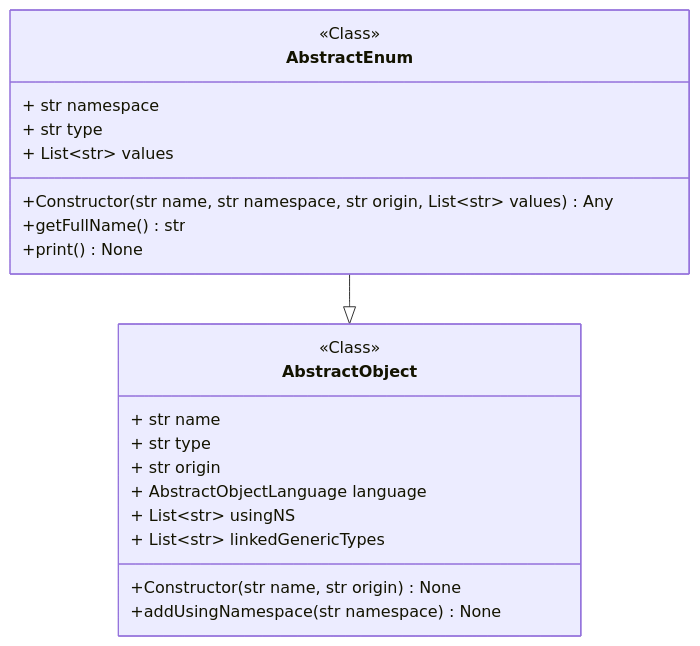
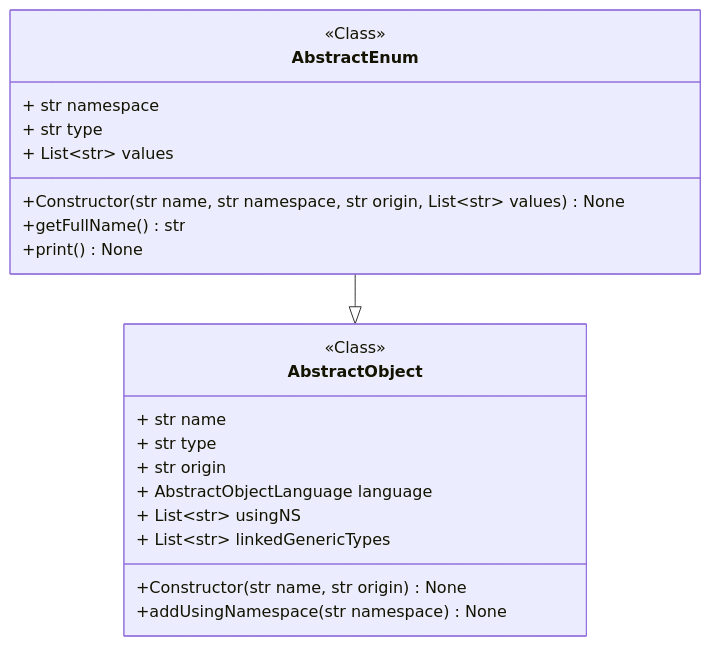
The diagram in docs/source/code/diagrams/pycodeanalyzer_core_abstraction_objects_AbstractEnum.mmd (miong/pycodeanalyzer), drawn with Mermaid before and after one commit. The commit also changed 60 other files, not shown here.

```diff
--- a/docs/source/code/diagrams/pycodeanalyzer_core_abstraction_objects_AbstractEnum.mmd
+++ b/docs/source/code/diagrams/pycodeanalyzer_core_abstraction_objects_AbstractEnum.mmd
@@ -1,23 +1,23 @@
 classDiagram
 class AbstractEnum {
 <<Class>>
 + str namespace
 + str type
 + List~str~ values
-+Constructor(str name, str namespace, str origin, List~str~ values) Any
++Constructor(str name, str namespace, str origin, List~str~ values) None
 +getFullName() str
 +print() None
 }
 class AbstractObject {
 <<Class>>
 + str name
 + str type
 + str origin
 + AbstractObjectLanguage language
 + List~str~ usingNS
 + List~str~ linkedGenericTypes
 +Constructor(str name, str origin) None
 +addUsingNamespace(str namespace) None
 }
 link AbstractObject "class££pycodeanalyzer::core::abstraction::objects::AbstractObject"
 AbstractEnum --|> AbstractObject
```
